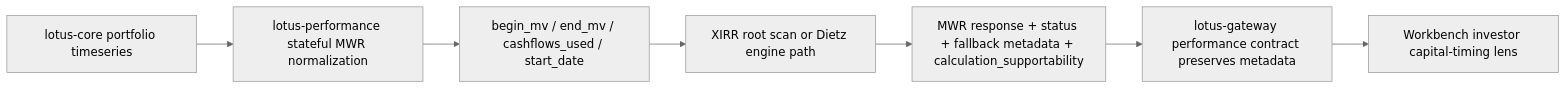
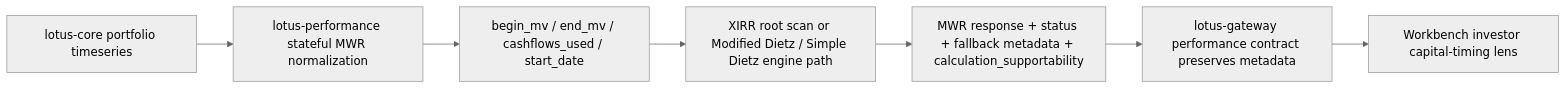
Before and after one commit to sgajbi/lotus-performance: the first of 3 diagrams in wiki/Integrations.md, drawn with Mermaid (neutral theme). The commit also changed other lines of this file and 19 other files, not shown here.

Commit message:
Implement distinct Modified Dietz MWR

````diff
--- a/wiki/Integrations.md
+++ b/wiki/Integrations.md
@@ -53,9 +54,9 @@
 ```mermaid
 flowchart LR
     A[lotus-core portfolio timeseries] --> B[lotus-performance stateful MWR normalization]
     B --> C[begin_mv / end_mv / cashflows_used / start_date]
-    C --> D[XIRR root scan or Dietz engine path]
+    C --> D[XIRR root scan or Modified Dietz / Simple Dietz engine path]
     D --> E[MWR response + status + fallback metadata + calculation_supportability]
     E --> F[lotus-gateway performance contract preserves metadata]
     F --> G[Workbench investor capital-timing lens]
 ```
````
